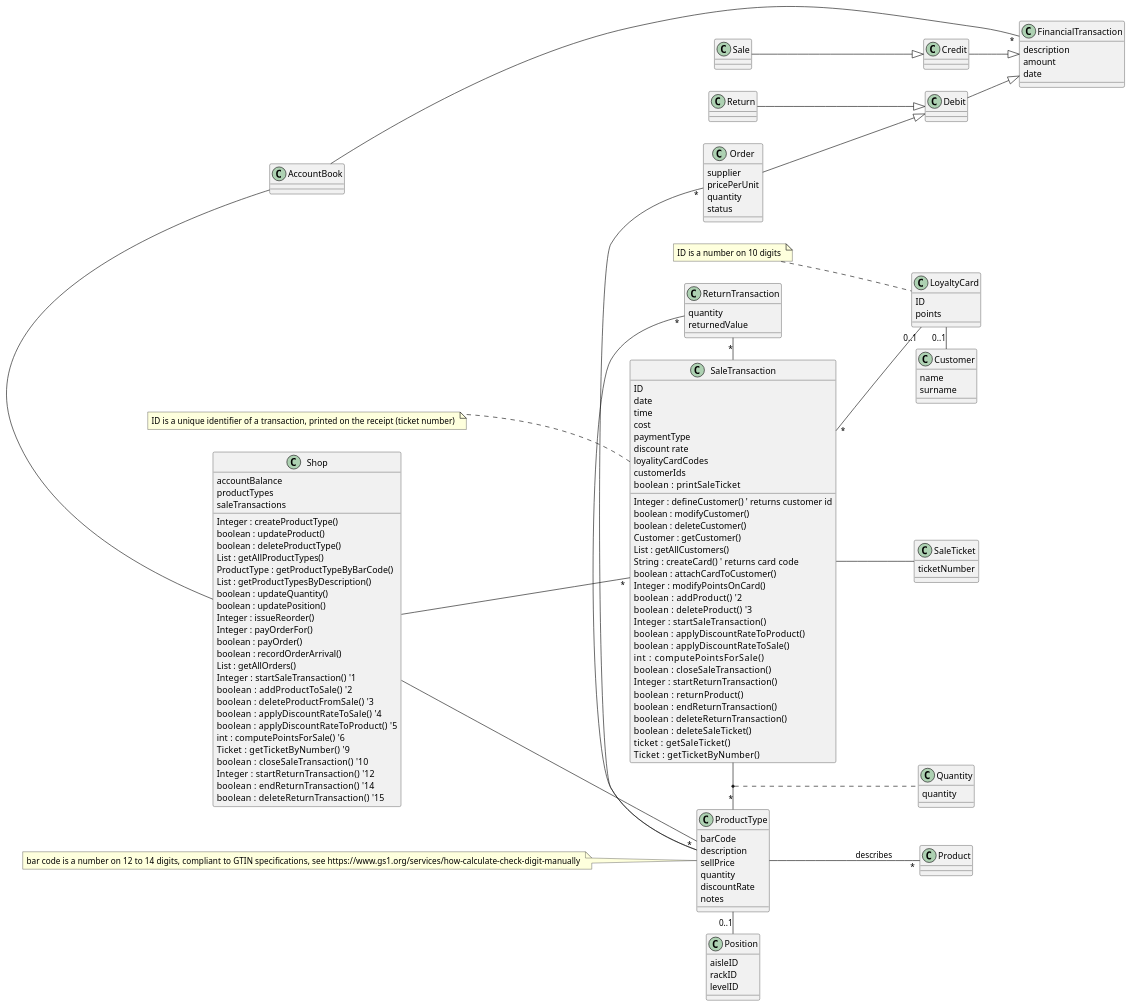
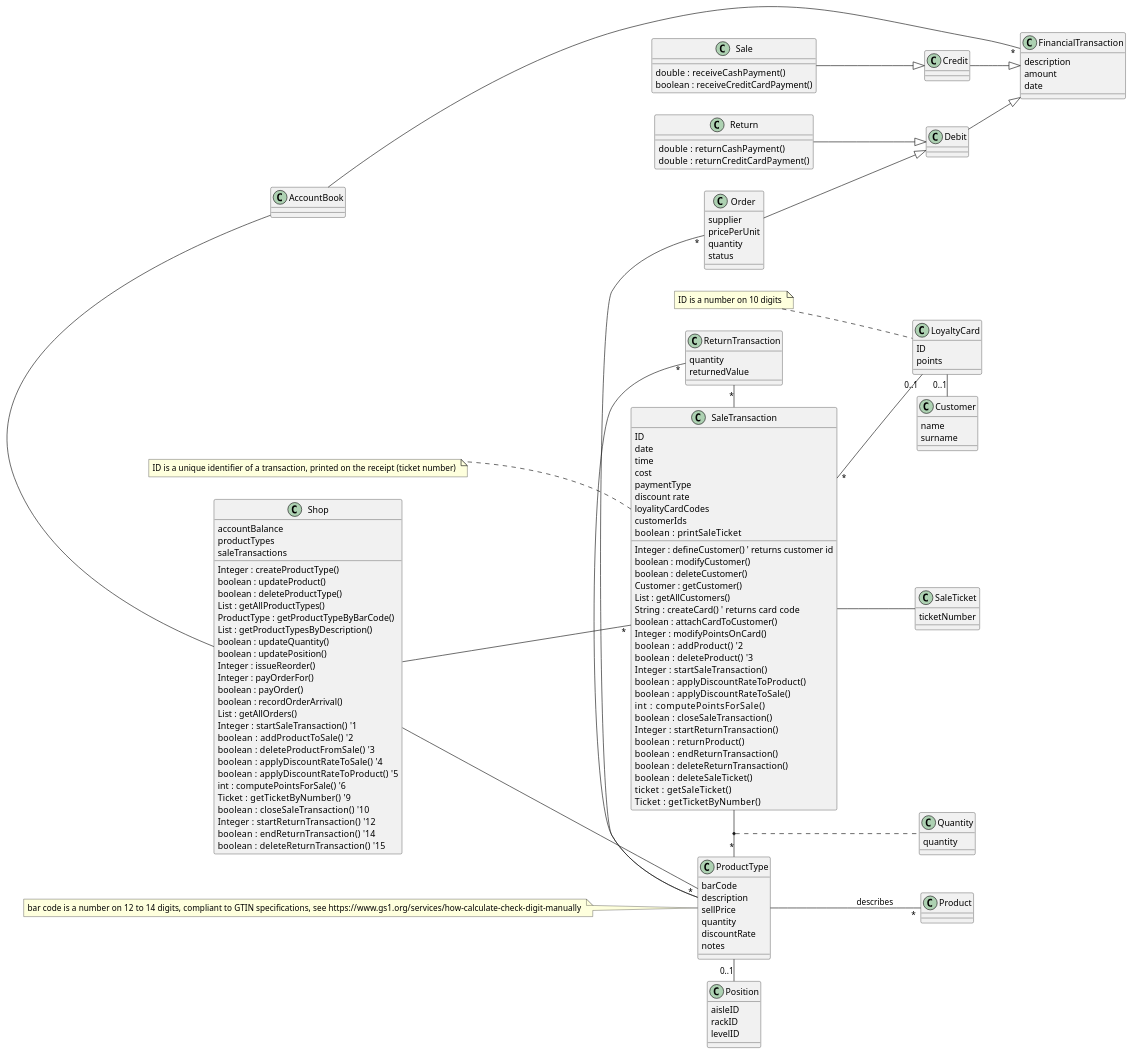
The second of 2 diagrams in Deliverables/DesignDocument.md (zitabou/EZShop), drawn with PlantUML before and after one commit. The commit also changed other lines of this file, not shown here.

Commit message:
Update Sale&Return

```diff
--- a/Deliverables/DesignDocument.md
+++ b/Deliverables/DesignDocument.md
@@ -98,8 +98,14 @@
 Debit --|> FinancialTransaction
 
 class Order
-class Sale
-class Return
+class Sale{
+double  : receiveCashPayment()
+boolean : receiveCreditCardPayment()
+}
+class Return{
+double  : returnCashPayment()
+double  : returnCreditCardPayment()
+}
 
 Order --|> Debit
 Sale --|> Credit
```
